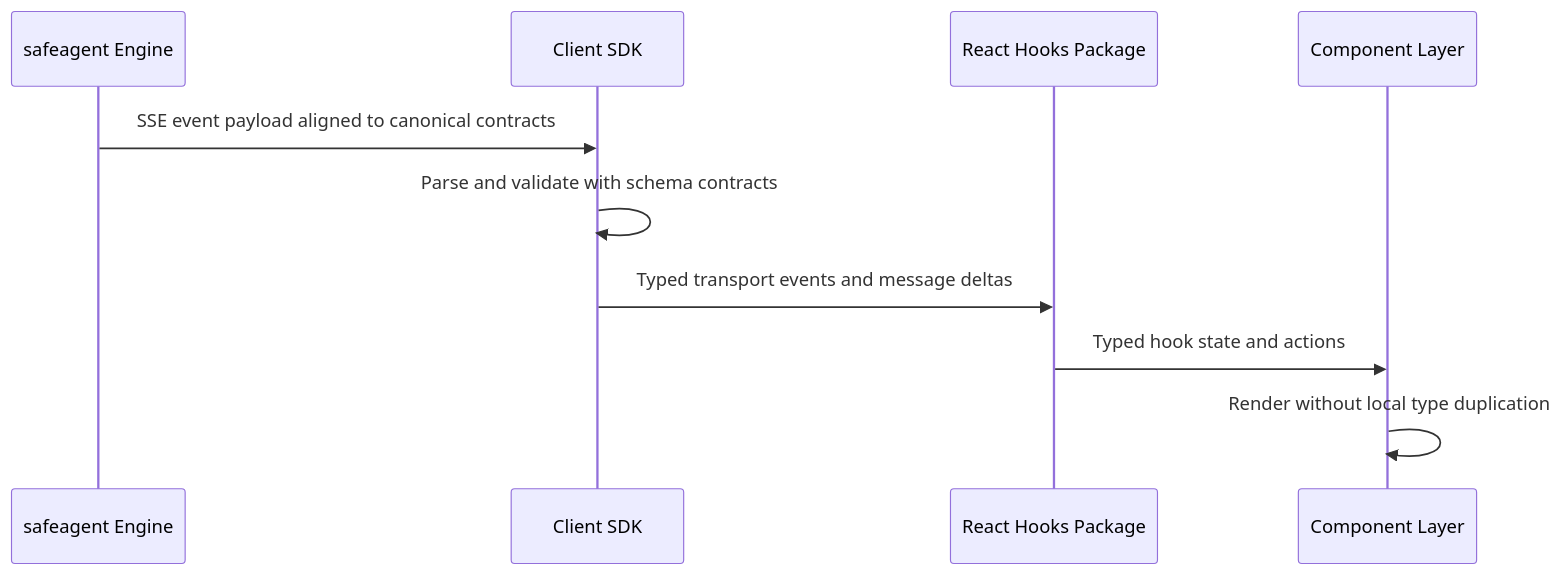
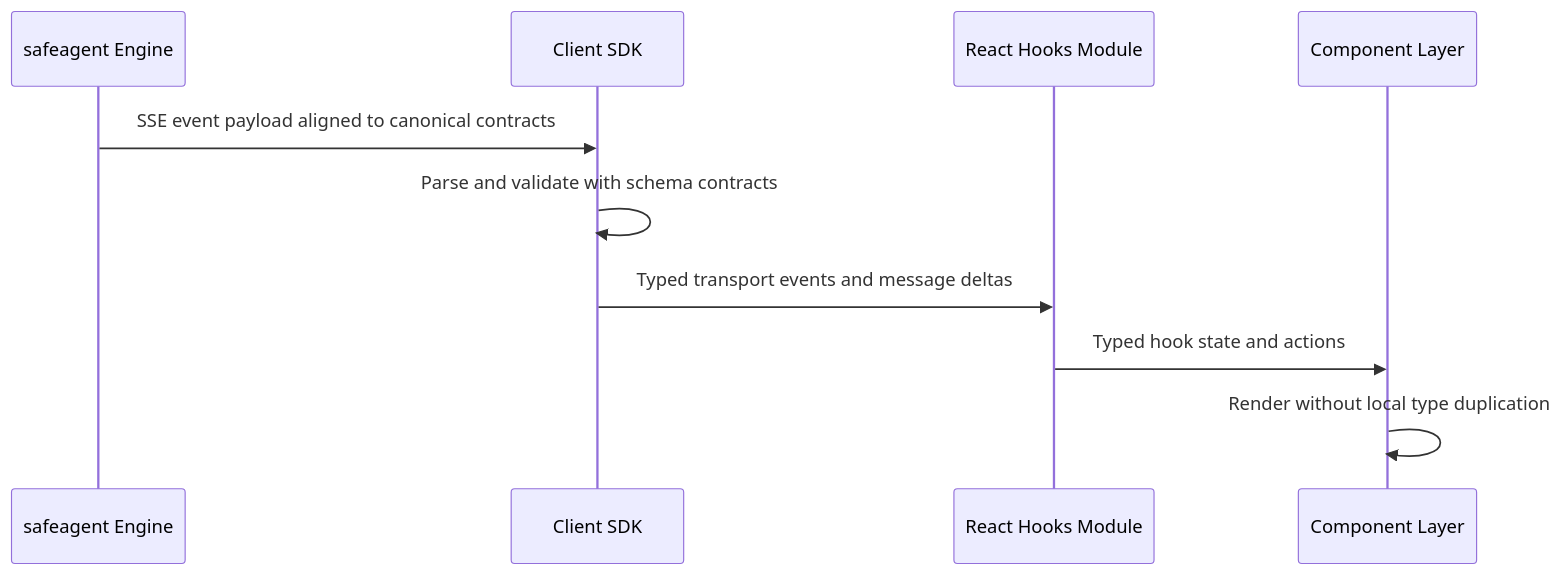
The sixth of 18 diagrams in plan/18-frontend-sdk.md (1qh/safeagent), drawn with Mermaid before and after one commit. The commit also changed other lines of this file and 10 other files, not shown here.

````diff
--- a/plan/18-frontend-sdk.md
+++ b/plan/18-frontend-sdk.md
@@ -160,13 +161,13 @@
 ```mermaid
 sequenceDiagram
     participant ENGINE as safeagent Engine
     participant CLIENT as Client SDK
-    participant REACT as React Hooks Package
+    participant REACT as React Hooks Module
     participant UI as Component Layer
 
     ENGINE->>CLIENT: SSE event payload aligned to canonical contracts
     CLIENT->>CLIENT: Parse and validate with schema contracts
     CLIENT->>REACT: Typed transport events and message deltas
     REACT->>UI: Typed hook state and actions
     UI->>UI: Render without local type duplication
 ```
````
